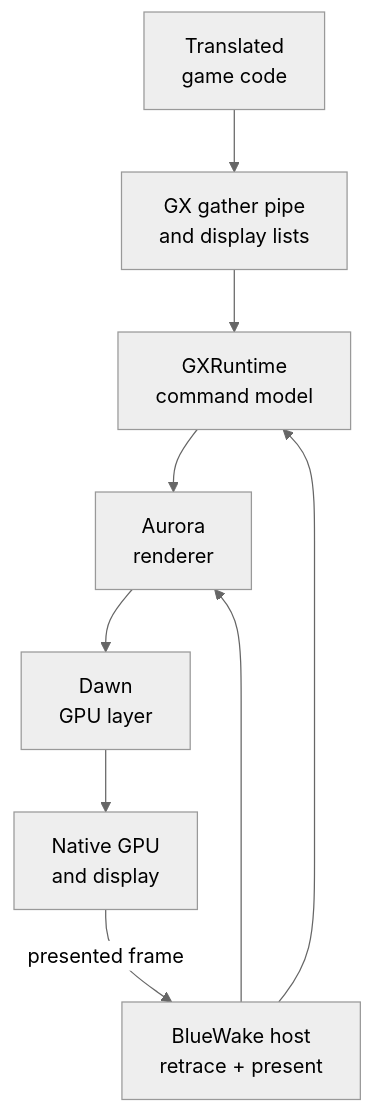
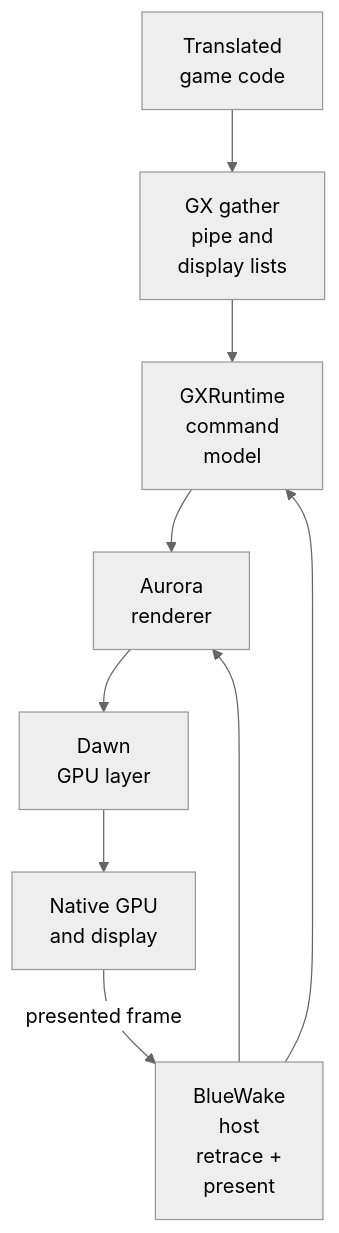
Before and after one commit to Aelbannan/boat_of_daphnes: the diagram in docs/architecture/runtime/Graphics.md, drawn with Mermaid (neutral theme). The commit also changed 6 other files, not shown here.

Commit message:
docs: wrap Mermaid labels for GitHub width

````diff
--- a/docs/architecture/runtime/Graphics.md
+++ b/docs/architecture/runtime/Graphics.md
@@ -19,22 +19,26 @@
 ```mermaid
 flowchart TD
     Game["`Translated
 game code`"]
-    FIFO["`GX gather pipe
-and display lists`"]
+    FIFO["`GX gather
+pipe and
+display lists`"]
     GX["`GXRuntime
-command model`"]
+command
+model`"]
     Aurora["`Aurora
 renderer`"]
     Dawn["`Dawn
 GPU layer`"]
     GPU["`Native GPU
 and display`"]
-    Host["`BlueWake host
-retrace + present`"]
+    Host["`BlueWake
+host
+retrace +
+present`"]
 
     Game --> FIFO --> GX --> Aurora --> Dawn --> GPU
     Host --> GX
     Host --> Aurora
     GPU -->|"presented frame"| Host
 ```
````
